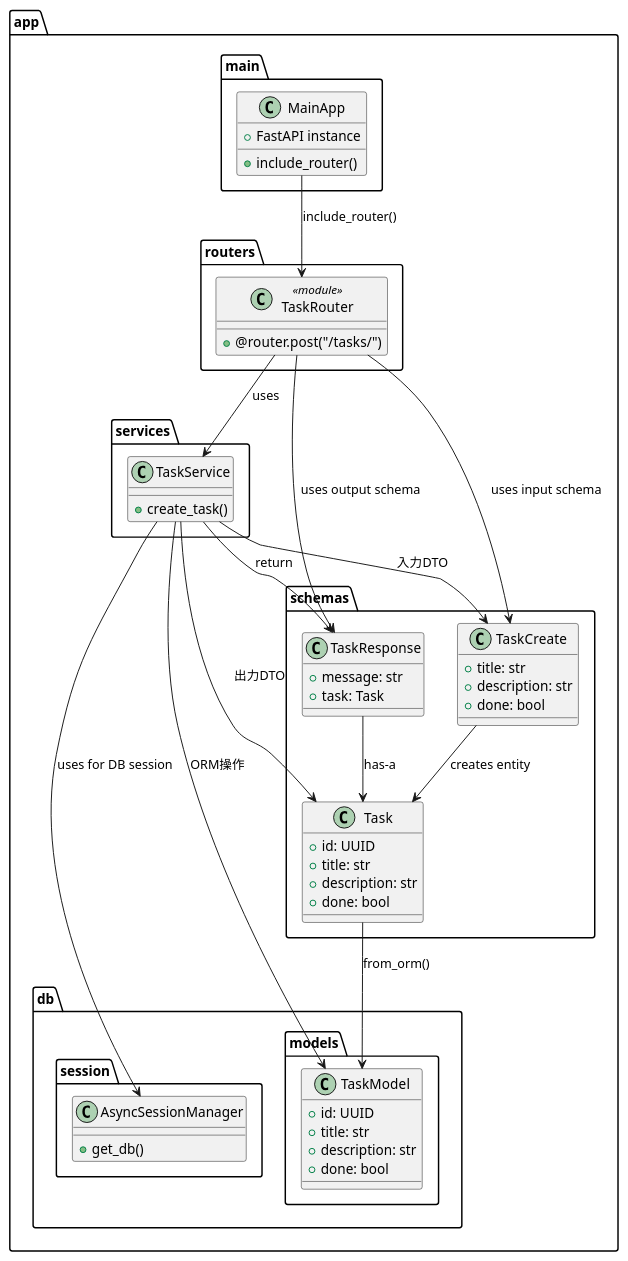
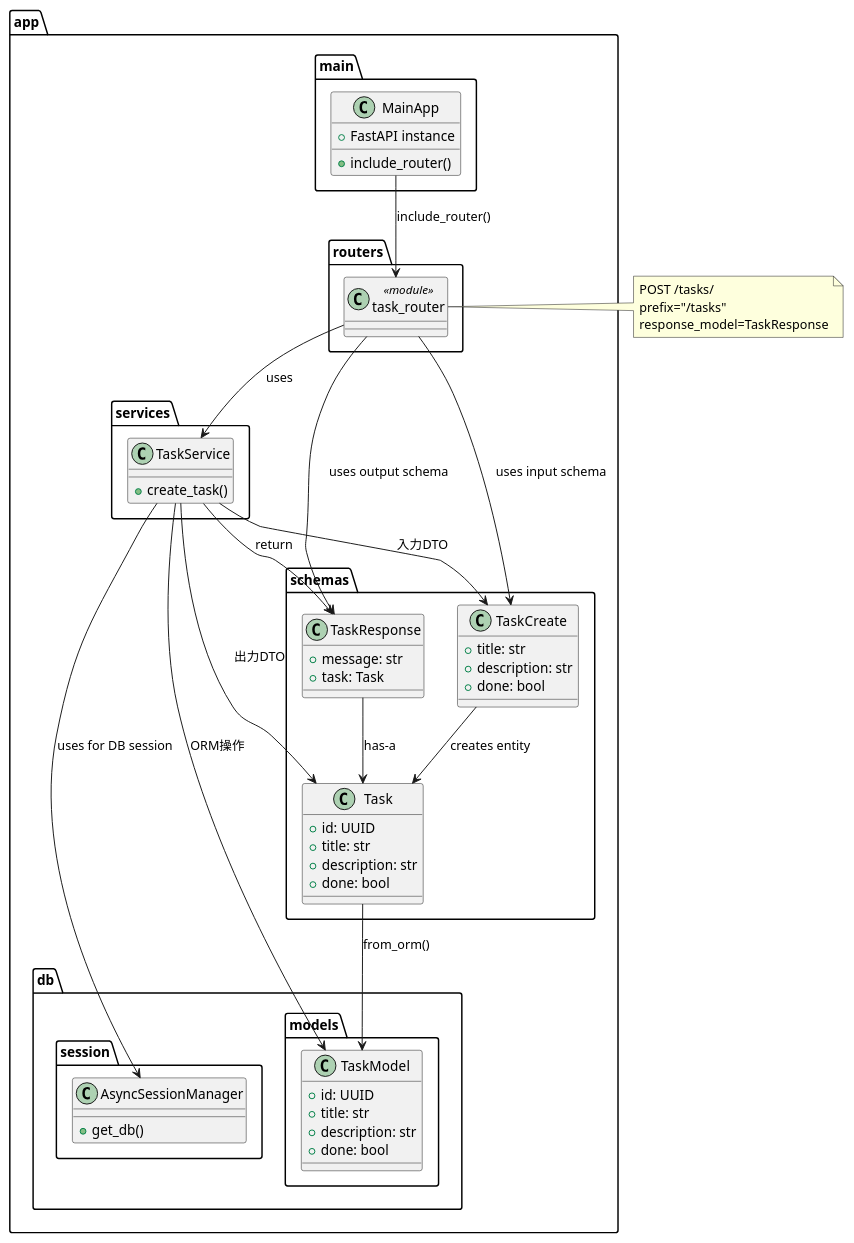
The diagram in docs/uml/class_task_service.puml (ShigeoYugawa/learning-task-tracker-fastapi-poc), drawn with PlantUML before and after one commit.

Commit message:
fix: unify UML elements to classes to avoid PlantUML allowmixing error

```diff
--- a/docs/uml/class_task_service.puml
+++ b/docs/uml/class_task_service.puml
@@ -1,76 +1,80 @@
 @startuml
 
 package app {
 
   package main {
     class MainApp {
       +FastAPI instance
       +include_router()
     }
   }
 
   package routers {
-    class TaskRouter <<module>> {
-      +@router.post("/tasks/")
-    }
+    class task_router <<module>>
   }
 
   package services {
     class TaskService {
       +create_task()
     }
   }
 
   package schemas {
     class TaskCreate {
       +title: str
       +description: str
       +done: bool
     }
 
     class Task {
       +id: UUID
       +title: str
       +description: str
       +done: bool
     }
 
     class TaskResponse {
       +message: str
       +task: Task
     }
   }
 
   package db {
     package models {
       class TaskModel {
         +id: UUID
         +title: str
         +description: str
         +done: bool
       }
     }
 
     package session {
       class AsyncSessionManager {
         +get_db()
       }
     }
   }
 }
 
-' 依存関係はクラス名だけを使う（パッケージ名は書かない）
-MainApp --> TaskRouter : include_router()
-TaskRouter --> TaskService : uses
-TaskRouter --> TaskCreate : uses input schema
-TaskRouter --> TaskResponse : uses output schema
+note right of task_router
+  POST /tasks/
+  prefix="/tasks"
+  response_model=TaskResponse
+end note
+
+' 依存関係はクラス名・モジュール名で指定（パッケージ名は書かない）
+MainApp --> task_router : include_router()
+task_router --> TaskService : uses
+task_router --> TaskCreate : uses input schema
+task_router --> TaskResponse : uses output schema
 TaskService --> AsyncSessionManager : uses for DB session
 TaskService --> TaskModel : ORM操作
 TaskService --> TaskCreate : 入力DTO
 TaskService --> Task : 出力DTO
 TaskService --> TaskResponse : return
 TaskCreate --> Task : creates entity
 TaskResponse --> Task : has-a
 Task --> TaskModel : from_orm()
 
 @enduml
```
